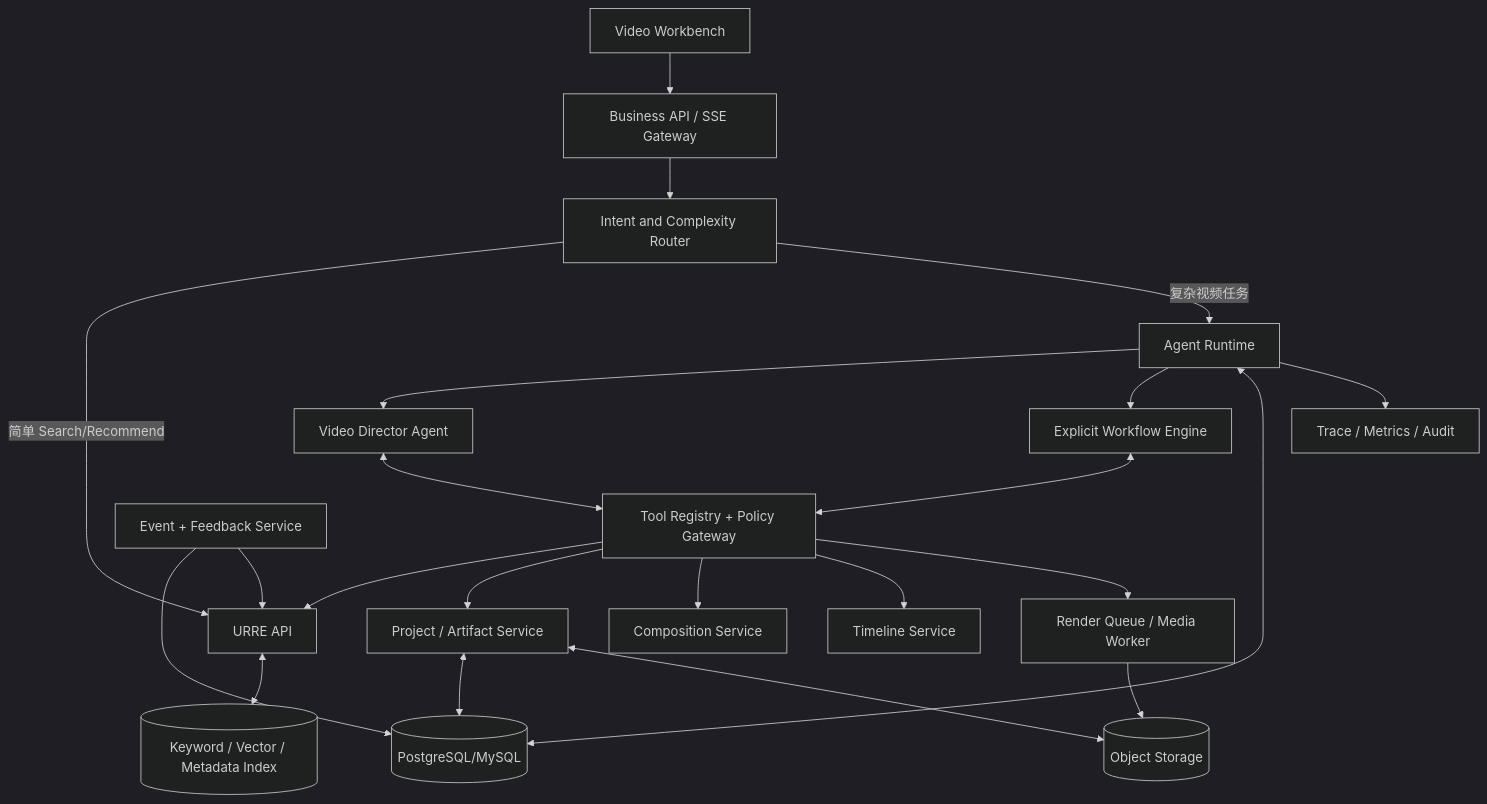
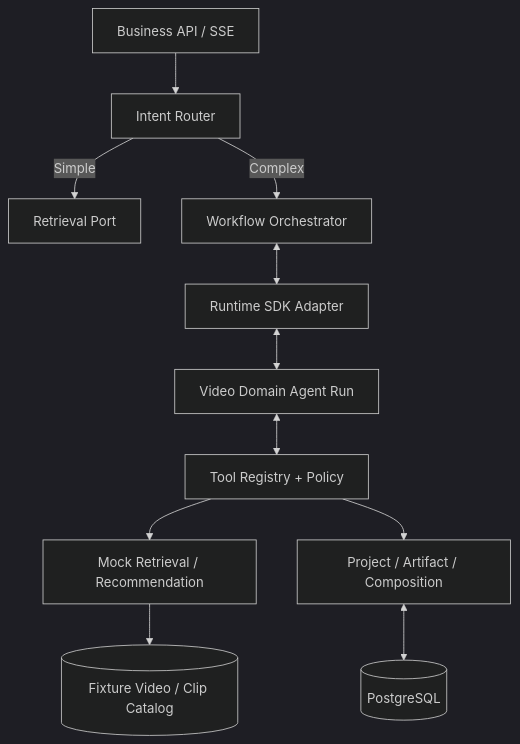
The first of 4 diagrams in implementation/04_VideoDomainAgent_详细设计与实施手册.md (human-cosmos/search-rec-docs), drawn with Mermaid (dark theme) before and after one commit. The commit also changed other lines of this file and 14 other files, not shown here.

Commit message:
docs: finalize Video/Clip agent scope and remove rights filtering

````diff
--- a/implementation/04_VideoDomainAgent_详细设计与实施手册.md
+++ b/implementation/04_VideoDomainAgent_详细设计与实施手册.md
@@ -113,28 +69,13 @@
 ```mermaid
 flowchart TB
-  UI[Video Workbench] --> API[Business API / SSE Gateway]
-  API --> ROUTER[Intent and Complexity Router]
-  ROUTER -->|简单 Search/Recommend| URRE[URRE API]
-  ROUTER -->|复杂视频任务| RUNTIME[Agent Runtime]
-
-  RUNTIME --> DIR[Video Director Agent]
-  RUNTIME --> WF[Explicit Workflow Engine]
-  DIR <--> TOOLS[Tool Registry + Policy Gateway]
-  WF <--> TOOLS
-
-  TOOLS --> URRE
-  TOOLS --> PROJECT[Project / Artifact Service]
-  TOOLS --> COMP[Composition Service]
-  TOOLS --> TL[Timeline Service]
-  TOOLS --> MEDIA[Render Queue / Media Worker]
-
-  PROJECT <--> DB[(PostgreSQL/MySQL)]
-  PROJECT <--> OBJ[(Object Storage)]
-  RUNTIME <--> DB
-  URRE <--> IDX[(Keyword / Vector / Metadata Index)]
-  MEDIA --> OBJ
-
-  EVENTS[Event + Feedback Service] --> DB
-  EVENTS --> URRE
-  RUNTIME --> OBS[Trace / Metrics / Audit]
+  API[Business API / SSE] --> ROUTER[Intent Router]
+  ROUTER -->|Simple| PORT[Retrieval Port]
+  ROUTER -->|Complex| WF[Workflow Orchestrator]
+  WF <--> SDK[Runtime SDK Adapter]
+  SDK <--> AGENT[Video Domain Agent Run]
+  AGENT <--> TOOLS[Tool Registry + Policy]
+  TOOLS --> RETRIEVAL[Mock Retrieval / Recommendation]
+  TOOLS --> DOMAIN[Project / Artifact / Composition]
+  DOMAIN <--> DB[(PostgreSQL)]
+  RETRIEVAL --> FIXTURES[(Fixture Video / Clip Catalog)]
 ```
````
